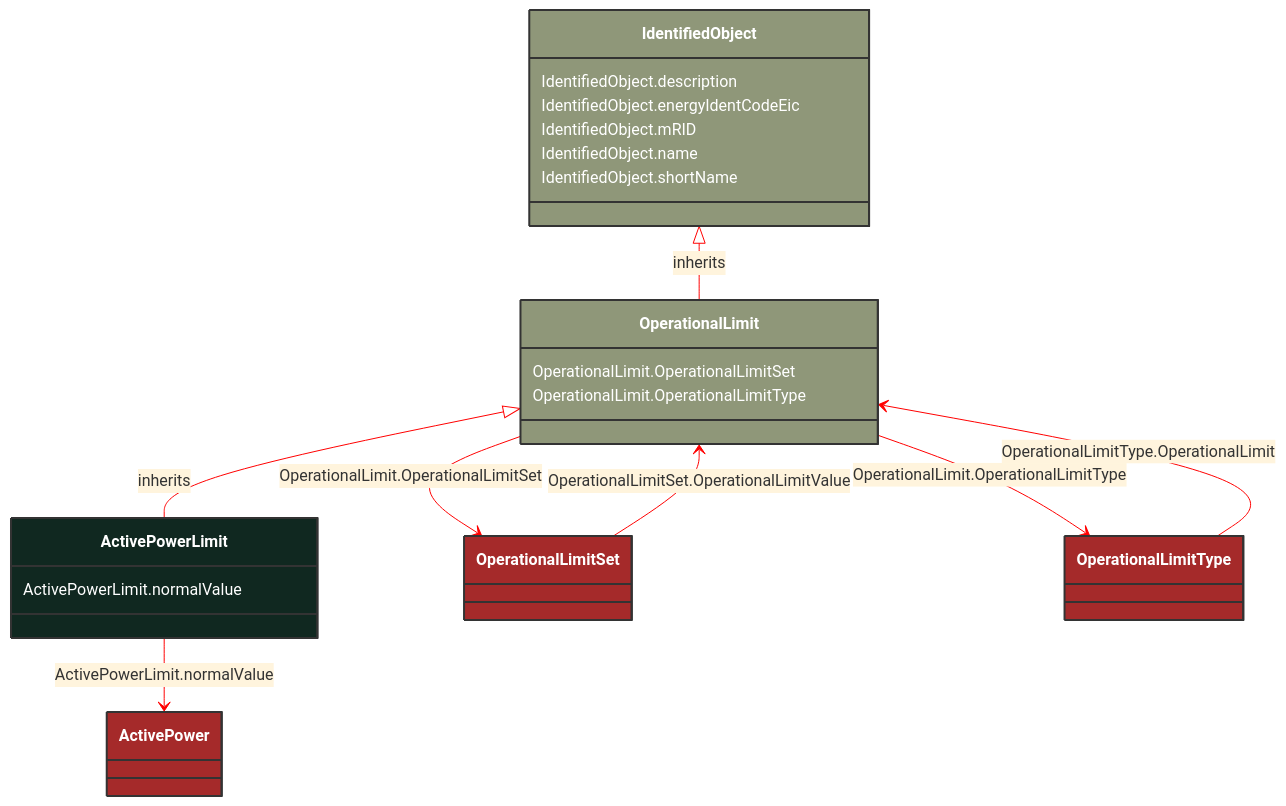
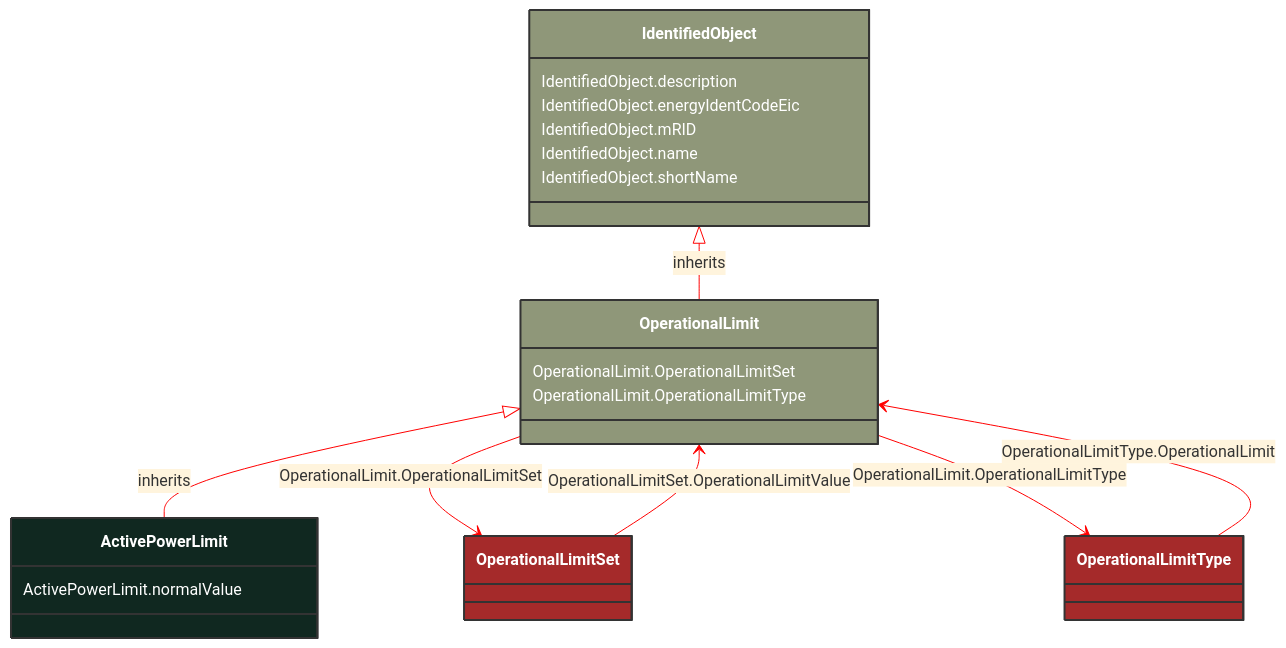
Before and after one commit to 3lbits/NoCIMExtensions: the diagram in docs/Models/Profiles/CoreEquipment/ConcreteClasses/ActivePowerLimit.md, drawn with Mermaid. The commit also changed other lines of this file and 397 other files, not shown here.

First line of the commit message:
Refactor CIM schemas to introduce abstract classes and consolidate data types

````diff
--- a/docs/Models/Profiles/CoreEquipment/ConcreteClasses/ActivePowerLimit.md
+++ b/docs/Models/Profiles/CoreEquipment/ConcreteClasses/ActivePowerLimit.md
@@ -8,53 +8,48 @@
 ```mermaid
 %%{init: {'theme':'base','themeVariables': {'lineColor': '#FF0000'}}}%%
 classDiagram
     class ActivePowerLimit
     click ActivePowerLimit href "/Models/Profiles/CoreEquipment/ConcreteClasses/ActivePowerLimit/"
     style ActivePowerLimit fill:#102820,stroke:#333,stroke-width:2px,rx:10,ry:10,color:white
      
         OperationalLimit <|-- ActivePowerLimit : inherits
-            click OperationalLimit href "/Models/Profiles/CoreEquipment/ConcreteClasses/OperationalLimit/"
+            click OperationalLimit href "/Models/Profiles/CoreEquipment/AbstractClasses/OperationalLimit/"
             style OperationalLimit fill:#8F9779,stroke:#333,stroke-width:2px,rx:10,ry:10,color:white
      
         IdentifiedObject <|-- OperationalLimit : inherits
-            click IdentifiedObject href "/Models/Profiles/CoreEquipment/ConcreteClasses/IdentifiedObject/"
+            click IdentifiedObject href "/Models/Profiles/CoreEquipment/AbstractClasses/IdentifiedObject/"
             style IdentifiedObject fill:#8F9779,stroke:#333,stroke-width:2px,rx:10,ry:10,color:white
 
-        ActivePowerLimit --> ActivePower : ActivePowerLimit.normalValue
-
-        ActivePower
-            click ActivePower href "/Models/Profiles/CoreEquipment/ConcreteClasses/ActivePower/"
-            style ActivePower fill:#A52A2A,stroke:#333,stroke-width:2px,rx:10,ry:10,color:white
         OperationalLimit --> OperationalLimitSet : OperationalLimit.OperationalLimitSet
 
         OperationalLimitSet
             click OperationalLimitSet href "/Models/Profiles/CoreEquipment/ConcreteClasses/OperationalLimitSet/"
             style OperationalLimitSet fill:#A52A2A,stroke:#333,stroke-width:2px,rx:10,ry:10,color:white
         OperationalLimit --> OperationalLimitType : OperationalLimit.OperationalLimitType
 
         OperationalLimitType
             click OperationalLimitType href "/Models/Profiles/CoreEquipment/ConcreteClasses/OperationalLimitType/"
             style OperationalLimitType fill:#A52A2A,stroke:#333,stroke-width:2px,rx:10,ry:10,color:white
 
         OperationalLimitSet --> OperationalLimit : OperationalLimitSet.OperationalLimitValue
 
         OperationalLimitSet
             click OperationalLimitSet href "/Models/Profiles/CoreEquipment/ConcreteClasses/OperationalLimitSet/"
             style OperationalLimitSet fill:#A52A2A,stroke:#333,stroke-width:2px,rx:10,ry:10,color:white
 
         OperationalLimitType --> OperationalLimit : OperationalLimitType.OperationalLimit
 
         OperationalLimitType
             click OperationalLimitType href "/Models/Profiles/CoreEquipment/ConcreteClasses/OperationalLimitType/"
             style OperationalLimitType fill:#A52A2A,stroke:#333,stroke-width:2px,rx:10,ry:10,color:white
 
 
         ActivePowerLimit : ActivePowerLimit.normalValue
         OperationalLimit : OperationalLimit.OperationalLimitSet
         OperationalLimit : OperationalLimit.OperationalLimitType
         IdentifiedObject : IdentifiedObject.description
         IdentifiedObject : IdentifiedObject.energyIdentCodeEic
         IdentifiedObject : IdentifiedObject.mRID
         IdentifiedObject : IdentifiedObject.name
         IdentifiedObject : IdentifiedObject.shortName
 ```
````
